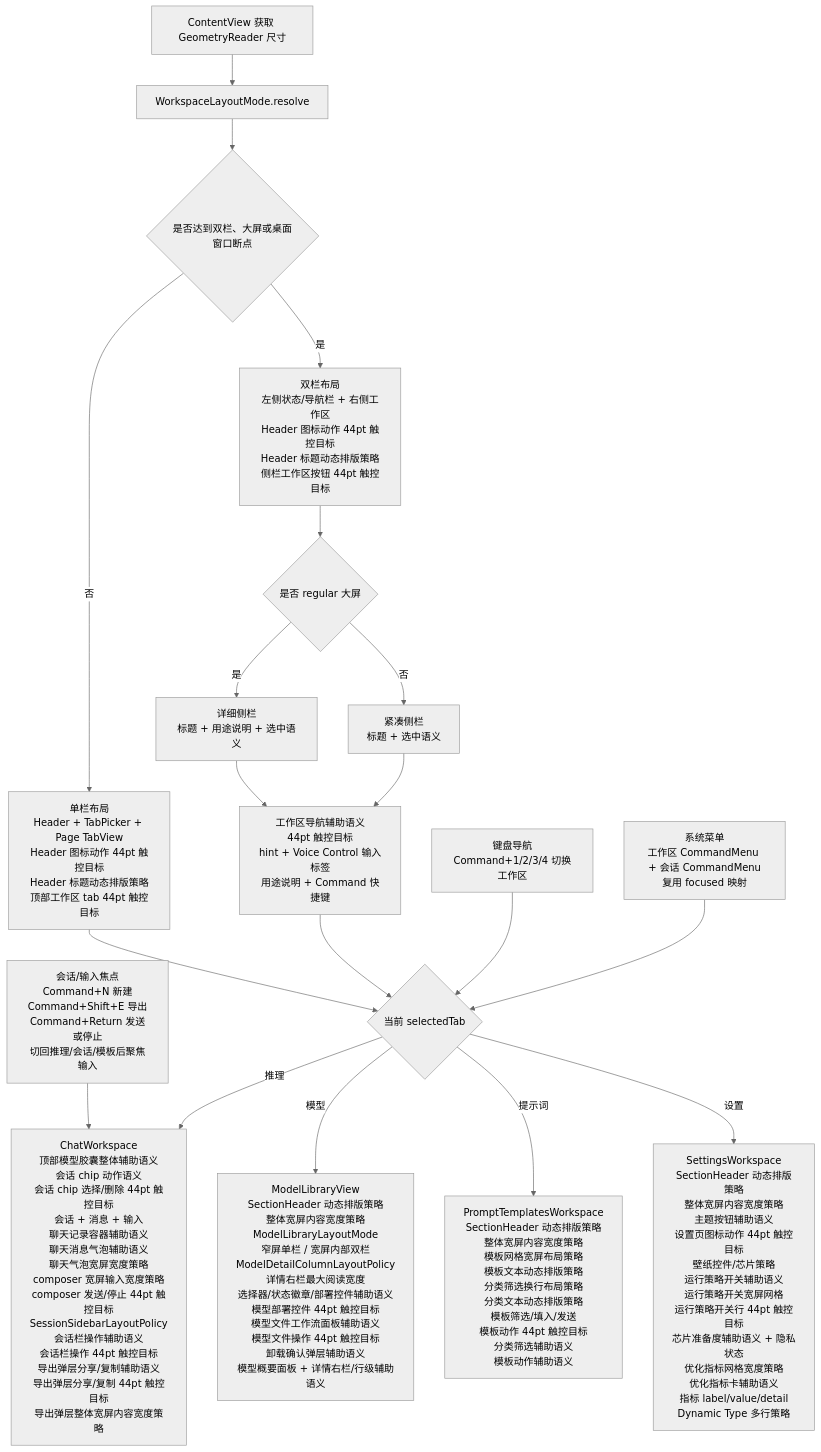
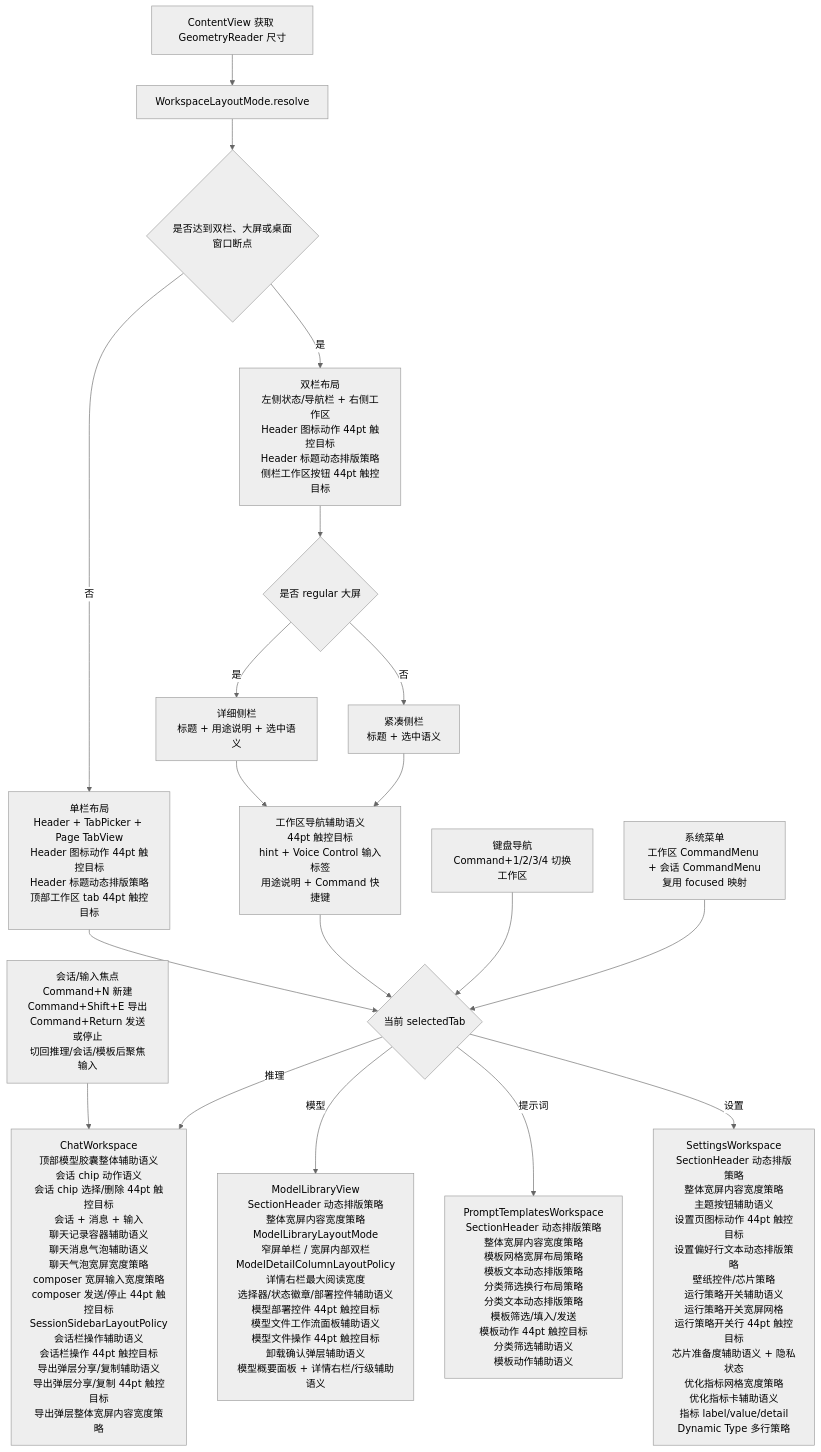
Before and after one commit to Altman-sam114/113: the fifth of 10 diagrams in md/flow/flowchart.md, drawn with Mermaid (neutral theme). The commit also changed other lines of this file and 8 other files, not shown here.

````diff
--- a/md/flow/flowchart.md
+++ b/md/flow/flowchart.md
@@ -84,21 +84,21 @@
 ```mermaid
 flowchart TD
     A[ContentView 获取 GeometryReader 尺寸] --> B[WorkspaceLayoutMode.resolve]
     B --> C{是否达到双栏、大屏或桌面窗口断点}
     C -- 否 --> D[单栏布局<br/>Header + TabPicker + Page TabView<br/>Header 图标动作 44pt 触控目标<br/>Header 标题动态排版策略<br/>顶部工作区 tab 44pt 触控目标]
     C -- 是 --> E[双栏布局<br/>左侧状态/导航栏 + 右侧工作区<br/>Header 图标动作 44pt 触控目标<br/>Header 标题动态排版策略<br/>侧栏工作区按钮 44pt 触控目标]
     E --> N{是否 regular 大屏}
     N -- 是 --> O[详细侧栏<br/>标题 + 用途说明 + 选中语义]
     N -- 否 --> P[紧凑侧栏<br/>标题 + 选中语义]
     D --> F{当前 selectedTab}
     O --> X[工作区导航辅助语义<br/>44pt 触控目标<br/>hint + Voice Control 输入标签<br/>用途说明 + Command 快捷键]
     P --> X
     X --> F
     K[键盘导航<br/>Command+1/2/3/4 切换工作区] --> F
     M[系统菜单<br/>工作区 CommandMenu + 会话 CommandMenu<br/>复用 focused 映射] --> F
     L[会话/输入焦点<br/>Command+N 新建<br/>Command+Shift+E 导出<br/>Command+Return 发送或停止<br/>切回推理/会话/模板后聚焦输入] --> G
     F -- 推理 --> G[ChatWorkspace<br/>顶部模型胶囊整体辅助语义<br/>会话 chip 动作语义<br/>会话 chip 选择/删除 44pt 触控目标<br/>会话 + 消息 + 输入<br/>聊天记录容器辅助语义<br/>聊天消息气泡辅助语义<br/>聊天气泡宽屏宽度策略<br/>composer 宽屏输入宽度策略<br/>composer 发送/停止 44pt 触控目标<br/>SessionSidebarLayoutPolicy<br/>会话栏操作辅助语义<br/>会话栏操作 44pt 触控目标<br/>导出弹层分享/复制辅助语义<br/>导出弹层分享/复制 44pt 触控目标<br/>导出弹层整体宽屏内容宽度策略]
     F -- 模型 --> H[ModelLibraryView<br/>SectionHeader 动态排版策略<br/>整体宽屏内容宽度策略<br/>ModelLibraryLayoutMode<br/>窄屏单栏 / 宽屏内部双栏<br/>ModelDetailColumnLayoutPolicy<br/>详情右栏最大阅读宽度<br/>选择器/状态徽章/部署控件辅助语义<br/>模型部署控件 44pt 触控目标<br/>模型文件工作流面板辅助语义<br/>模型文件操作 44pt 触控目标<br/>卸载确认弹层辅助语义<br/>模型概要面板 + 详情右栏/行级辅助语义]
     F -- 提示词 --> I[PromptTemplatesWorkspace<br/>SectionHeader 动态排版策略<br/>整体宽屏内容宽度策略<br/>模板网格宽屏布局策略<br/>模板文本动态排版策略<br/>分类筛选换行布局策略<br/>分类文本动态排版策略<br/>模板筛选/填入/发送<br/>模板动作 44pt 触控目标<br/>分类筛选辅助语义<br/>模板动作辅助语义]
-    F -- 设置 --> J[SettingsWorkspace<br/>SectionHeader 动态排版策略<br/>整体宽屏内容宽度策略<br/>主题按钮辅助语义<br/>设置页图标动作 44pt 触控目标<br/>壁纸控件/芯片策略<br/>运行策略开关辅助语义<br/>运行策略开关宽屏网格<br/>运行策略开关行 44pt 触控目标<br/>芯片准备度辅助语义 + 隐私状态<br/>优化指标网格宽度策略<br/>优化指标卡辅助语义<br/>指标 label/value/detail<br/>Dynamic Type 多行策略]
+    F -- 设置 --> J[SettingsWorkspace<br/>SectionHeader 动态排版策略<br/>整体宽屏内容宽度策略<br/>主题按钮辅助语义<br/>设置页图标动作 44pt 触控目标<br/>设置偏好行文本动态排版策略<br/>壁纸控件/芯片策略<br/>运行策略开关辅助语义<br/>运行策略开关宽屏网格<br/>运行策略开关行 44pt 触控目标<br/>芯片准备度辅助语义 + 隐私状态<br/>优化指标网格宽度策略<br/>优化指标卡辅助语义<br/>指标 label/value/detail<br/>Dynamic Type 多行策略]
 ```
````
